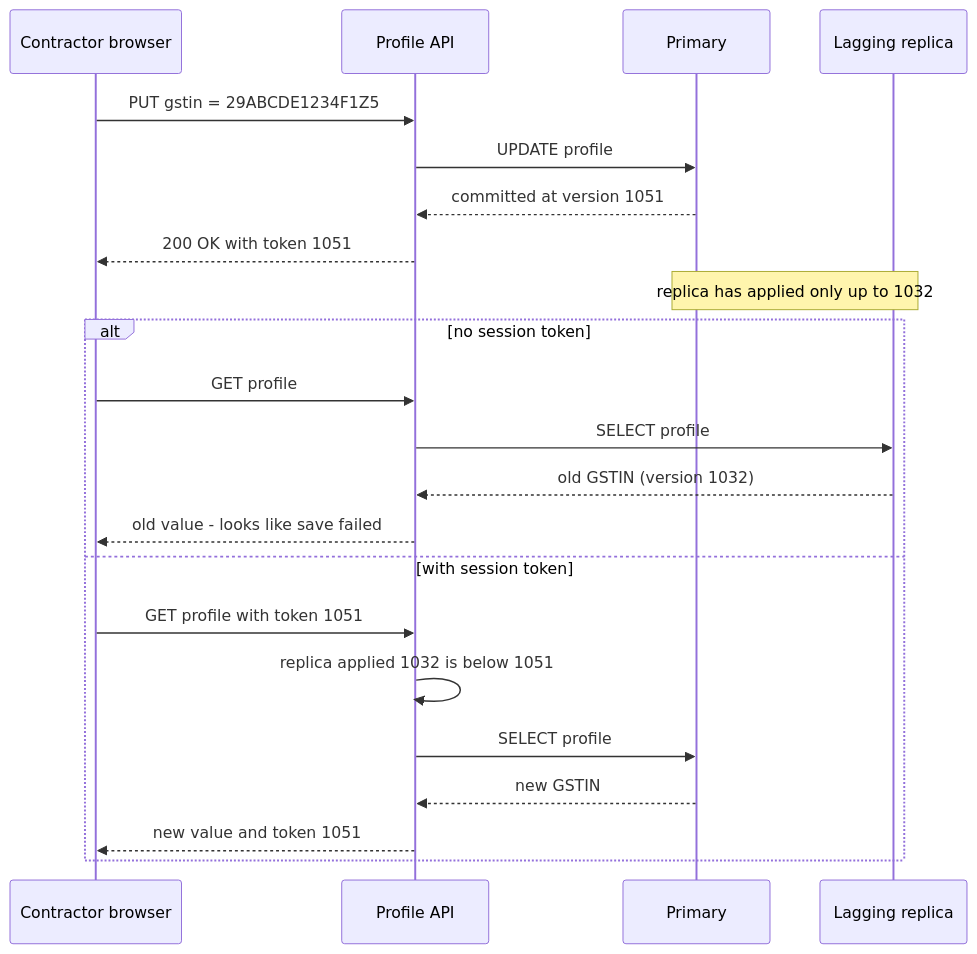
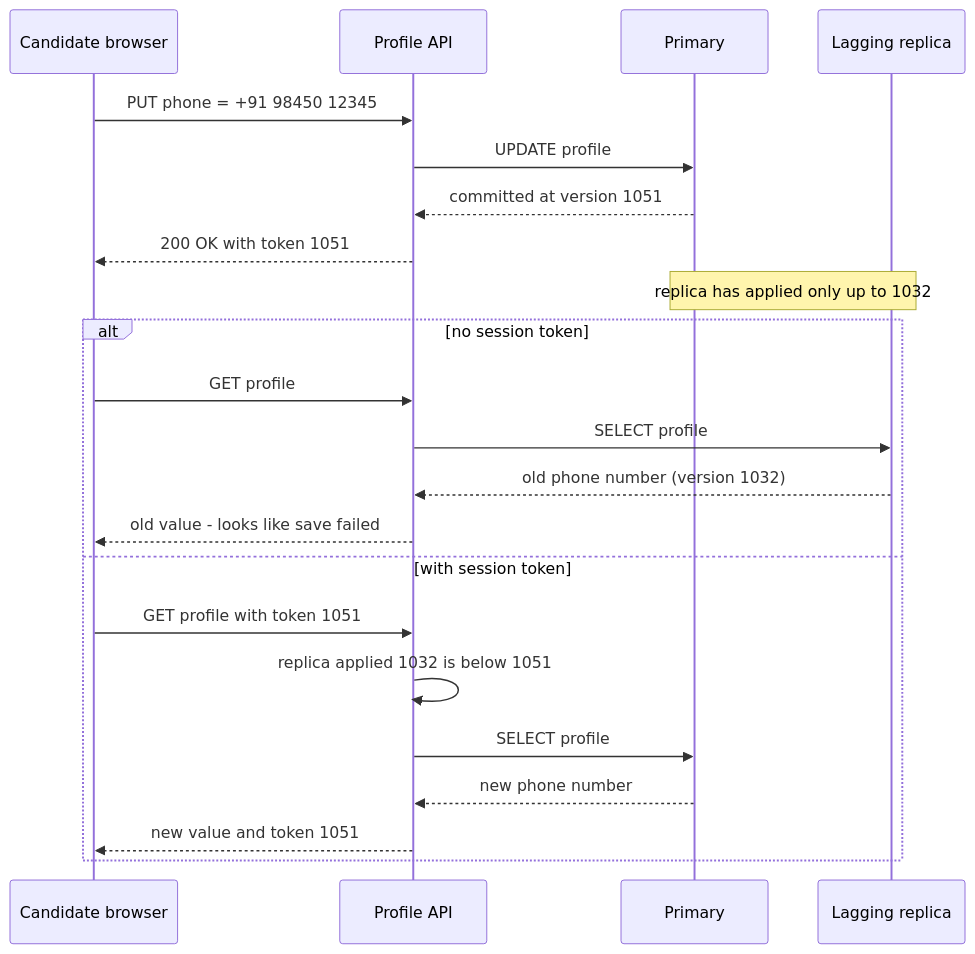
The second of 2 diagrams in content/lessons/m13/m13-consistency-models.md (rizwi0786/system-design-lab), drawn with Mermaid before and after one commit. The commit also changed other lines of this file and 334 other files, not shown here.

````diff
--- a/content/lessons/m13/m13-consistency-models.md
+++ b/content/lessons/m13/m13-consistency-models.md
@@ -190,24 +190,24 @@
 ```mermaid
 sequenceDiagram
-    participant C as Contractor browser
+    participant C as Candidate browser
     participant API as Profile API
     participant P as Primary
     participant R as Lagging replica
-    C->>API: PUT gstin = 29ABCDE1234F1Z5
+    C->>API: PUT phone = +91 98450 12345
     API->>P: UPDATE profile
     P-->>API: committed at version 1051
     API-->>C: 200 OK with token 1051
     Note over P,R: replica has applied only up to 1032
     alt no session token
         C->>API: GET profile
         API->>R: SELECT profile
-        R-->>API: old GSTIN (version 1032)
+        R-->>API: old phone number (version 1032)
         API-->>C: old value - looks like save failed
     else with session token
         C->>API: GET profile with token 1051
         API->>API: replica applied 1032 is below 1051
         API->>P: SELECT profile
-        P-->>API: new GSTIN
+        P-->>API: new phone number
         API-->>C: new value and token 1051
     end
 ```
````
